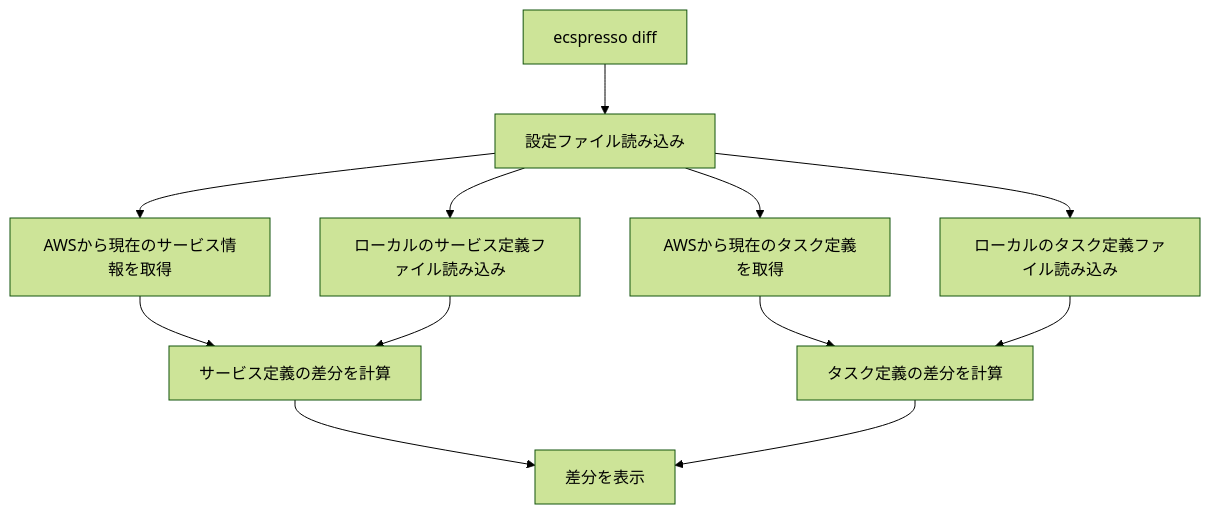
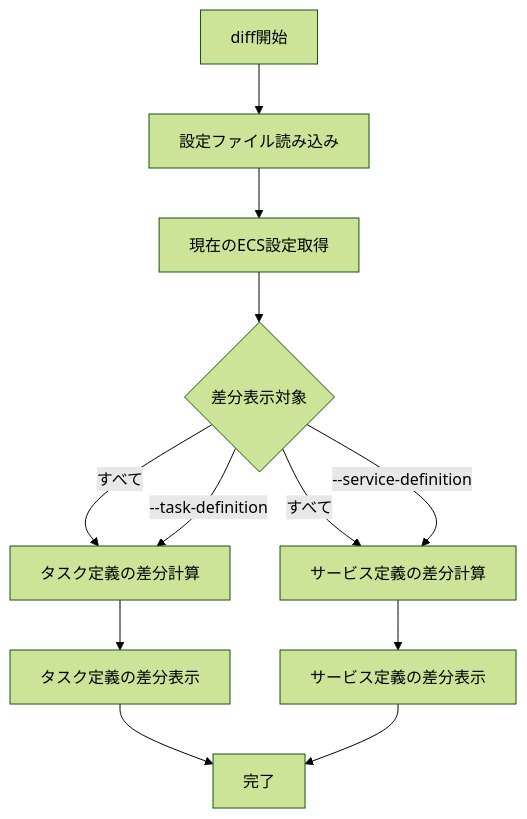
Before and after one commit to bufferings/devin-docs: the diagram in ecspresso/commands/diff.md, drawn with Mermaid (forest theme). The commit also changed other lines of this file and 29 other files, not shown here.

````diff
--- a/ecspresso/commands/diff.md
+++ b/ecspresso/commands/diff.md
@@ -91,14 +60,14 @@
 ```mermaid
 graph TD
-    A[ecspresso diff] --> B[設定ファイル読み込み]
-    B --> C[AWSから現在のサービス情報を取得]
-    B --> D[AWSから現在のタスク定義を取得]
-    B --> E[ローカルのタスク定義ファイル読み込み]
-    B --> F[ローカルのサービス定義ファイル読み込み]
-    C --> G[サービス定義の差分を計算]
-    D --> H[タスク定義の差分を計算]
-    E --> H
-    F --> G
-    G --> I[差分を表示]
+    A[diff開始] --> B[設定ファイル読み込み]
+    B --> C[現在のECS設定取得]
+    C --> D{差分表示対象}
+    D -->|すべて| E[タスク定義の差分計算]
+    D -->|--task-definition| E
+    D -->|すべて| F[サービス定義の差分計算]
+    D -->|--service-definition| F
+    E --> G[タスク定義の差分表示]
+    F --> H[サービス定義の差分表示]
+    G --> I[完了]
     H --> I
 ```
````
